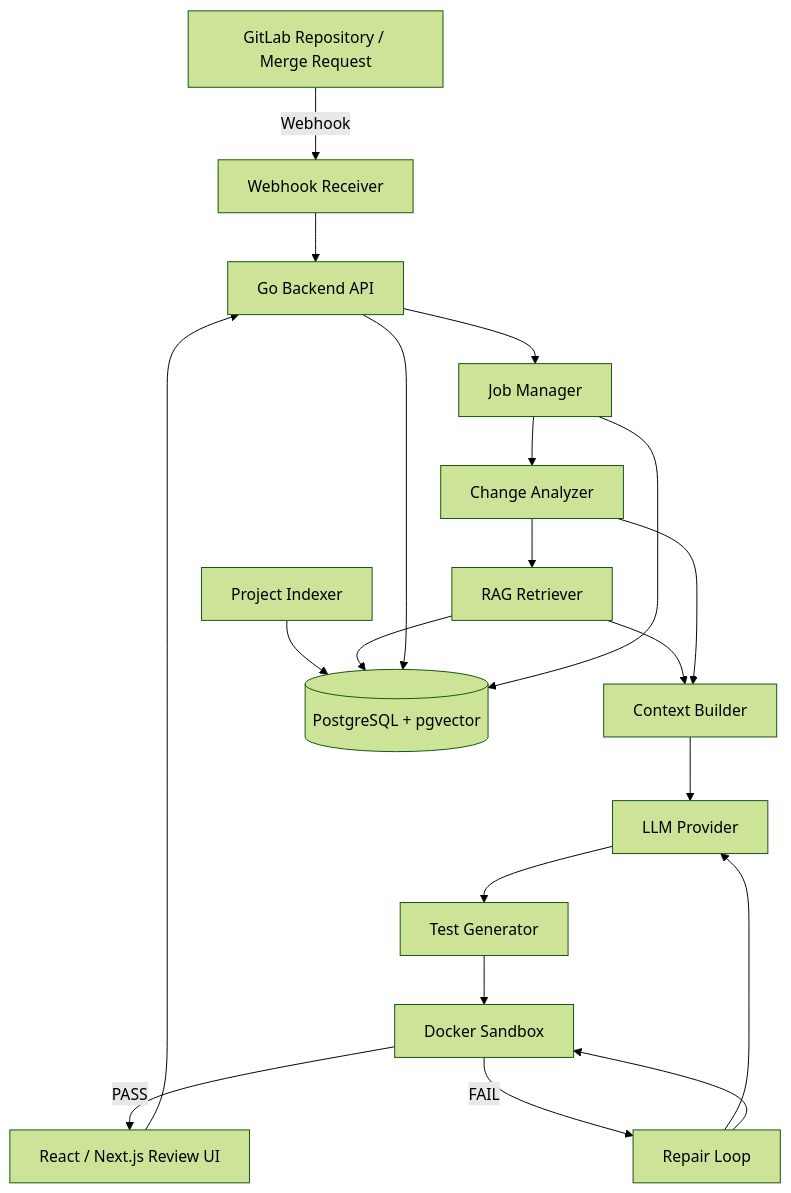
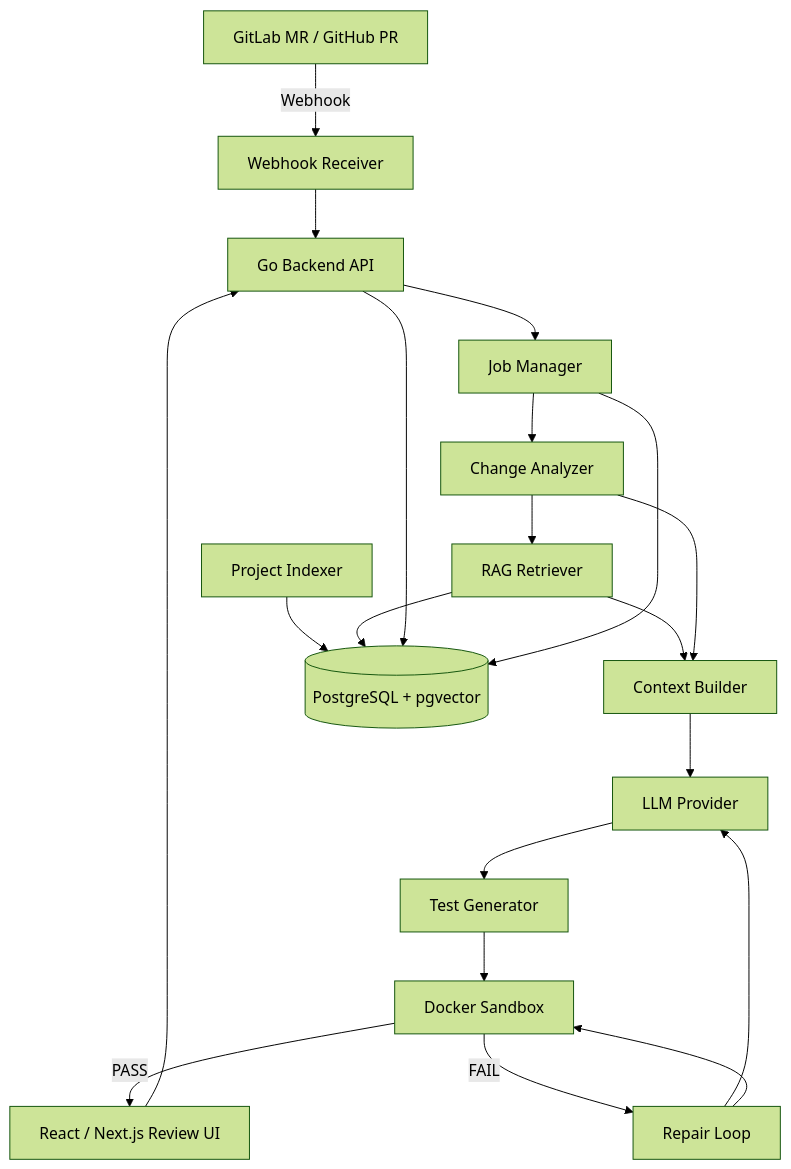
Before and after one commit to truong-devops/ai-test-assistant: the diagram in PROJECT_SPEC.md, drawn with Mermaid (forest theme). The commit also changed other lines of this file and 40 other files, not shown here.

````diff
--- a/PROJECT_SPEC.md
+++ b/PROJECT_SPEC.md
@@ -122,37 +141,37 @@
 ```mermaid
 flowchart TD
-    GL[GitLab Repository / Merge Request]
+    GL[GitLab MR / GitHub PR]
     WH[Webhook Receiver]
     API[Go Backend API]
     JOB[Job Manager]
     CA[Change Analyzer]
     IDX[Project Indexer]
     RAG[RAG Retriever]
     CB[Context Builder]
     LLM[LLM Provider]
     GEN[Test Generator]
     SB[Docker Sandbox]
     REP[Repair Loop]
     UI[React / Next.js Review UI]
     DB[(PostgreSQL + pgvector)]
 
     GL -->|Webhook| WH
     WH --> API
     API --> JOB
     JOB --> CA
     CA --> RAG
     IDX --> DB
     RAG --> DB
     RAG --> CB
     CA --> CB
     CB --> LLM
     LLM --> GEN
     GEN --> SB
     SB -->|PASS| UI
     SB -->|FAIL| REP
     REP --> LLM
     REP --> SB
     API --> DB
     JOB --> DB
     UI --> API
 ```
````
